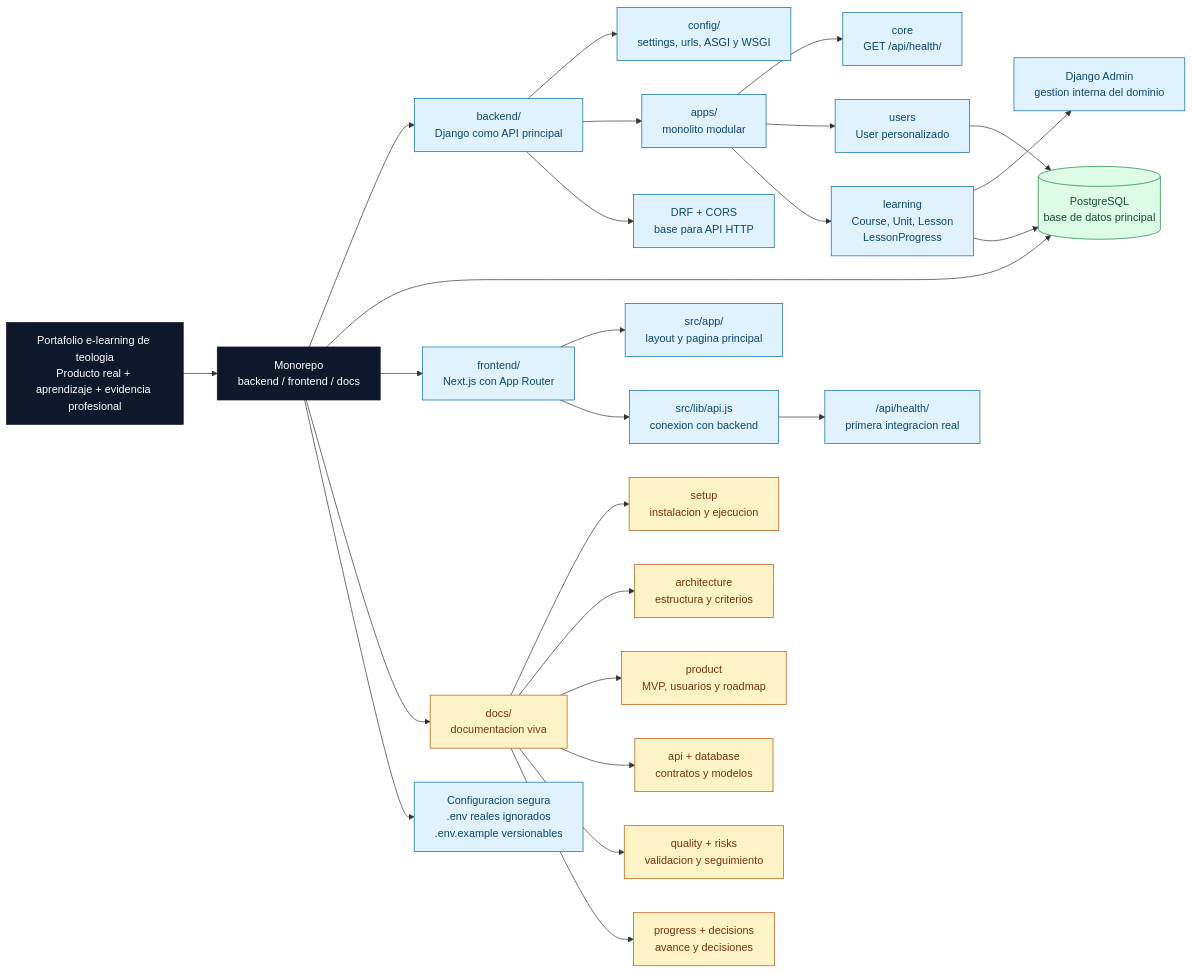
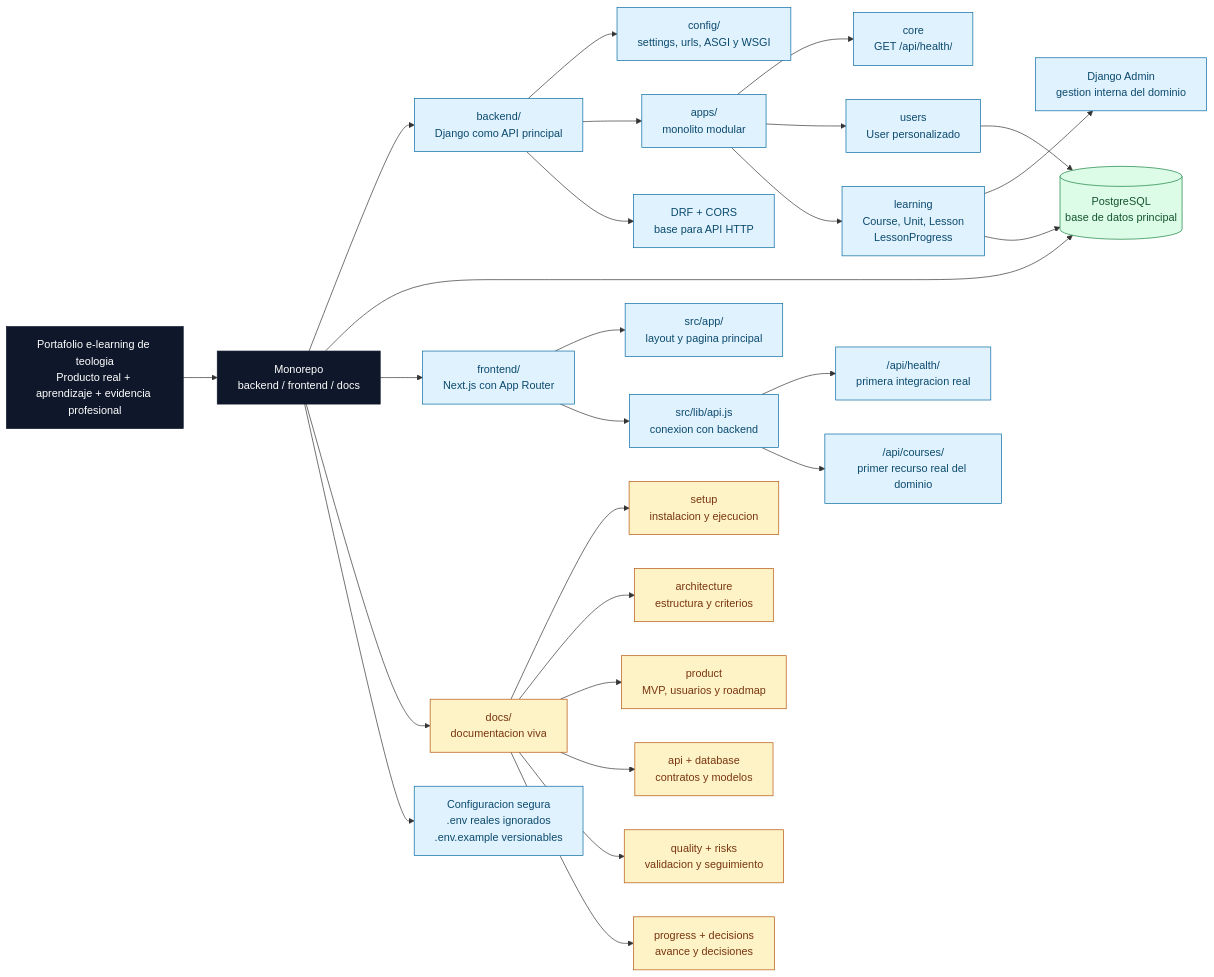
Before and after one commit to fcamusr/portafolio-e-learning-teologia: the diagram in README.md, drawn with Mermaid. The commit also changed other lines of this file and 34 other files, not shown here.

````diff
--- a/README.md
+++ b/README.md
@@ -23,44 +23,45 @@
 ```mermaid
 flowchart LR
   Proyecto["Portafolio e-learning de teologia<br/>Producto real + aprendizaje + evidencia profesional"]
 
   Proyecto --> Repo["Monorepo<br/>backend / frontend / docs"]
 
   Repo --> Backend["backend/<br/>Django como API principal"]
   Backend --> Config["config/<br/>settings, urls, ASGI y WSGI"]
   Backend --> Apps["apps/<br/>monolito modular"]
   Apps --> Core["core<br/>GET /api/health/"]
   Apps --> Users["users<br/>User personalizado"]
   Apps --> Learning["learning<br/>Course, Unit, Lesson<br/>LessonProgress"]
   Learning --> Admin["Django Admin<br/>gestion interna del dominio"]
   Backend --> DRF["DRF + CORS<br/>base para API HTTP"]
 
   Repo --> Database[("PostgreSQL<br/>base de datos principal")]
   Learning --> Database
   Users --> Database
 
   Repo --> Frontend["frontend/<br/>Next.js con App Router"]
   Frontend --> AppRouter["src/app/<br/>layout y pagina principal"]
   Frontend --> ApiClient["src/lib/api.js<br/>conexion con backend"]
   ApiClient --> Health["/api/health/<br/>primera integracion real"]
+  ApiClient --> Courses["/api/courses/<br/>primer recurso real del dominio"]
 
   Repo --> Docs["docs/<br/>documentacion viva"]
   Docs --> Setup["setup<br/>instalacion y ejecucion"]
   Docs --> Architecture["architecture<br/>estructura y criterios"]
   Docs --> Product["product<br/>MVP, usuarios y roadmap"]
   Docs --> ApiDocs["api + database<br/>contratos y modelos"]
   Docs --> Quality["quality + risks<br/>validacion y seguimiento"]
   Docs --> Progress["progress + decisions<br/>avance y decisiones"]
 
   Repo --> Security["Configuracion segura<br/>.env reales ignorados<br/>.env.example versionables"]
 
   classDef root fill:#0f172a,stroke:#0f172a,color:#ffffff
   classDef built fill:#e0f2fe,stroke:#0369a1,color:#0c4a6e
   classDef data fill:#dcfce7,stroke:#15803d,color:#14532d
   classDef docs fill:#fef3c7,stroke:#b45309,color:#78350f
 
   class Proyecto,Repo root
-  class Backend,Config,Apps,Core,Users,Learning,Admin,DRF,Frontend,AppRouter,ApiClient,Health,Security built
+  class Backend,Config,Apps,Core,Users,Learning,Admin,DRF,Frontend,AppRouter,ApiClient,Health,Courses,Security built
   class Database data
   class Docs,Setup,Architecture,Product,ApiDocs,Quality,Progress docs
 ```
````
